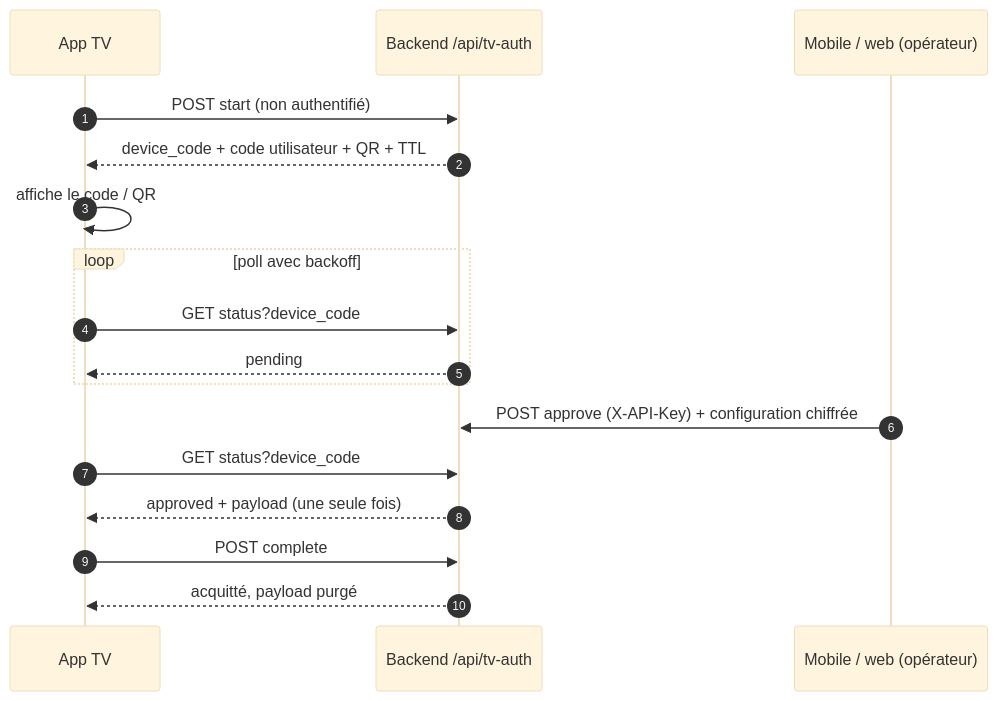
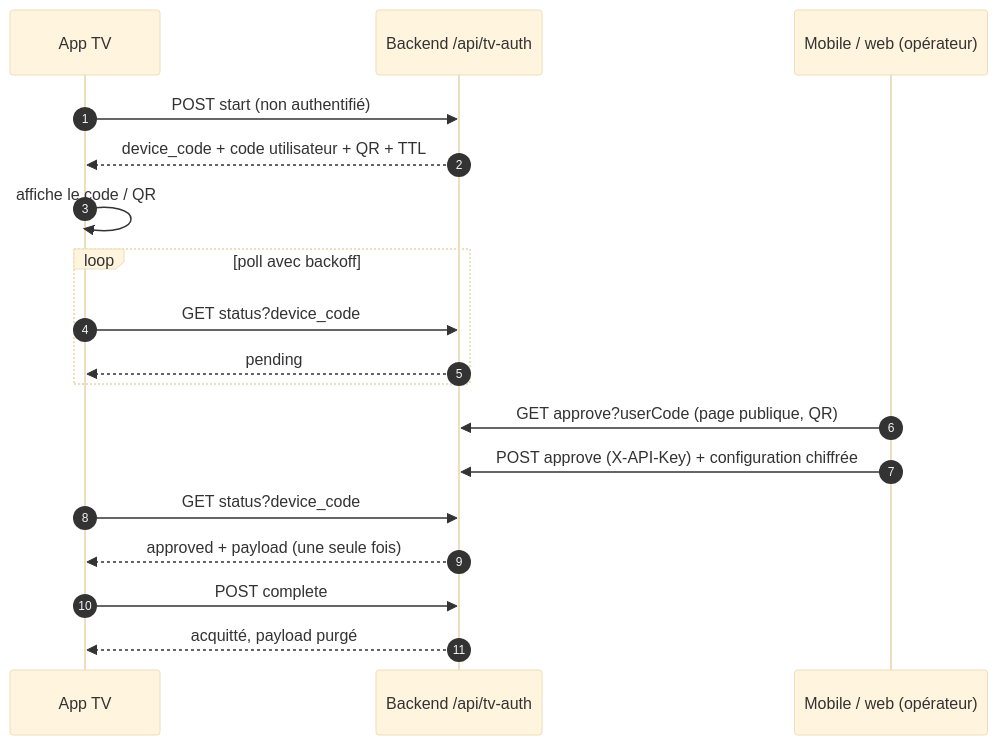
Before and after one commit to ChakirHamzaChahid/Plexhub-Backend: the first of 7 diagrams in docs/retro-spec/fonctionnel/00-carte.md, drawn with Mermaid (base theme). The commit also changed other lines of this file and 8 other files, not shown here.

````diff
--- a/docs/retro-spec/fonctionnel/00-carte.md
+++ b/docs/retro-spec/fonctionnel/00-carte.md
@@ -92,19 +92,20 @@
 ```mermaid
 sequenceDiagram
     autonumber
     participant TV as App TV
     participant BE as Backend /api/tv-auth
     participant M as Mobile / web (opérateur)
     TV->>BE: POST start (non authentifié)
     BE-->>TV: device_code + code utilisateur + QR + TTL
     TV->>TV: affiche le code / QR
     loop poll avec backoff
         TV->>BE: GET status?device_code
         BE-->>TV: pending
     end
+    M->>BE: GET approve?userCode (page publique, QR)
     M->>BE: POST approve (X-API-Key) + configuration chiffrée
     TV->>BE: GET status?device_code
     BE-->>TV: approved + payload (une seule fois)
     TV->>BE: POST complete
     BE-->>TV: acquitté, payload purgé
 ```
````
